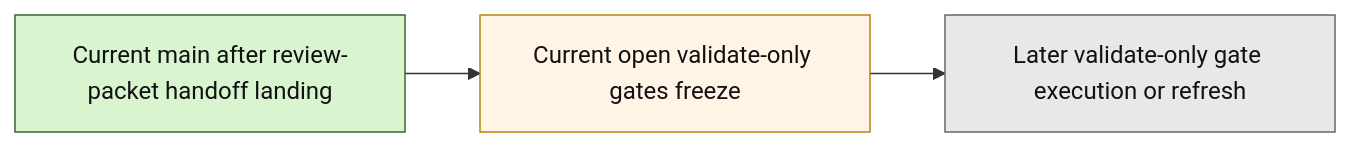
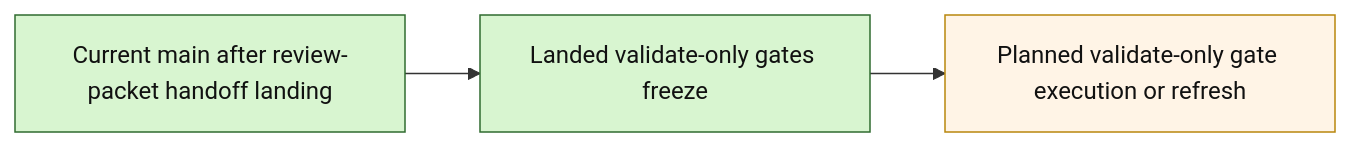
Before and after one commit to benjmcd/project6_REPO_MCP_FOLDER: the second of 2 diagrams in next_milestone_plans/layer3_progress_board.md, drawn with Mermaid. The commit also changed other lines of this file and 9 other files, not shown here.

Commit message:
docs(layer3): sync validate-only freeze landing

````diff
--- a/next_milestone_plans/layer3_progress_board.md
+++ b/next_milestone_plans/layer3_progress_board.md
@@ -177,13 +177,12 @@
 ```mermaid
 flowchart LR
-    A["Current main after review-packet handoff landing"] --> B["Current open validate-only gates freeze"]
-    B --> C["Later validate-only gate execution or refresh"]
+    A["Current main after review-packet handoff landing"] --> B["Landed validate-only gates freeze"]
+    B --> C["Planned validate-only gate execution or refresh"]
 
     classDef done fill:#d8f5d0,stroke:#2f6b2f,color:#111;
-    classDef open fill:#fff4e6,stroke:#b8860b,color:#111;
+    classDef next fill:#fff4e6,stroke:#b8860b,color:#111;
     classDef future fill:#e8e8e8,stroke:#666,color:#111;
 
-    class A done;
-    class B open;
-    class C future;
+    class A,B done;
+    class C next;
 ```
````
